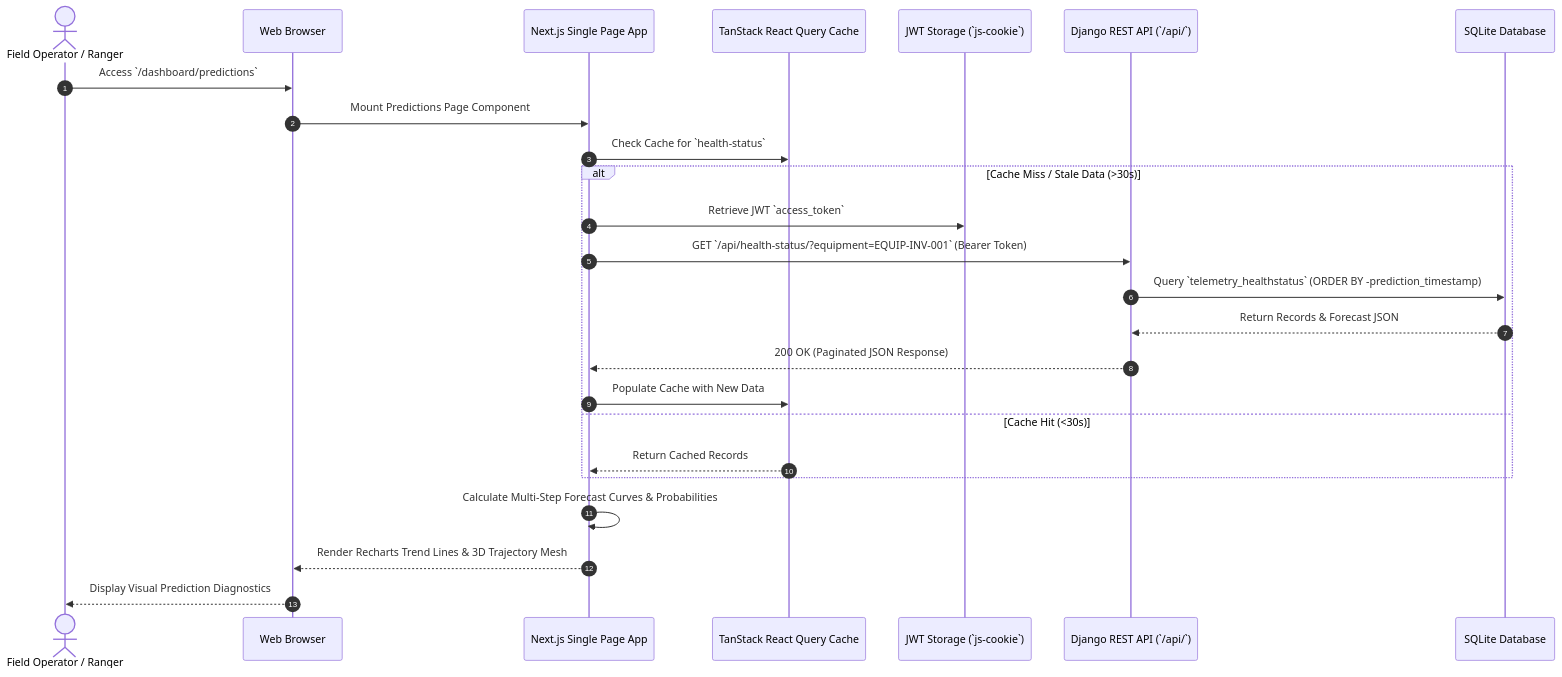
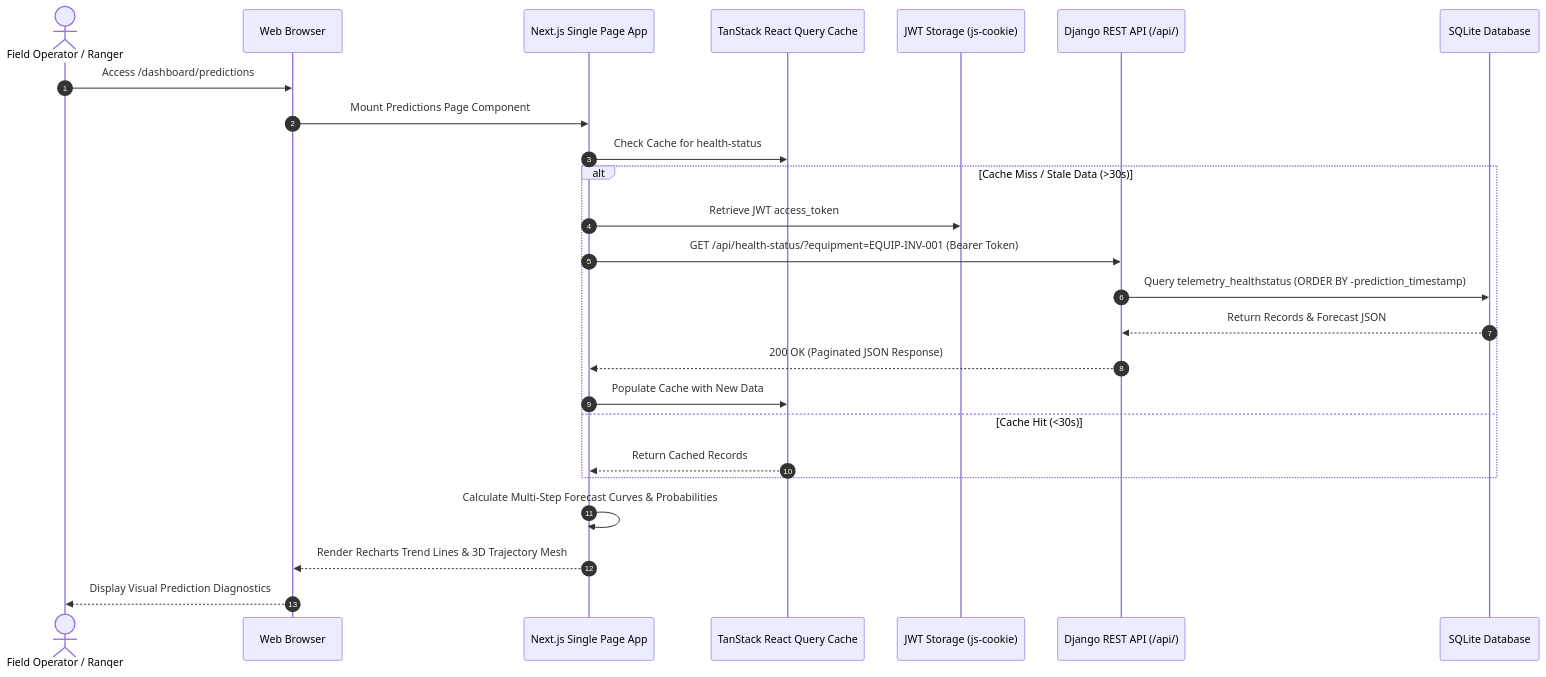
Diagram 13 of 18 in ARCHITECTURE.md (bendeze/upemba-iot-backend), drawn with Mermaid before and after one commit. The commit also changed other lines of this file and 2 other files, not shown here.

````diff
--- a/ARCHITECTURE.md
+++ b/ARCHITECTURE.md
@@ -706,30 +706,30 @@
 ```mermaid
 sequenceDiagram
     autonumber
     actor Operator as Field Operator / Ranger
     participant Browser as Web Browser
     participant App as Next.js Single Page App
     participant Cache as TanStack React Query Cache
-    participant Auth as JWT Storage (`js-cookie`)
-    participant API as Django REST API (`/api/`)
+    participant Auth as JWT Storage (js-cookie)
+    participant API as Django REST API (/api/)
     participant DB as SQLite Database
 
-    Operator->>Browser: Access `/dashboard/predictions`
+    Operator->>Browser: Access /dashboard/predictions
     Browser->>App: Mount Predictions Page Component
-    App->>Cache: Check Cache for `health-status`
+    App->>Cache: Check Cache for health-status
     
     alt Cache Miss / Stale Data (>30s)
-        App->>Auth: Retrieve JWT `access_token`
-        App->>API: GET `/api/health-status/?equipment=EQUIP-INV-001` (Bearer Token)
-        API->>DB: Query `telemetry_healthstatus` (ORDER BY -prediction_timestamp)
+        App->>Auth: Retrieve JWT access_token
+        App->>API: GET /api/health-status/?equipment=EQUIP-INV-001 (Bearer Token)
+        API->>DB: Query telemetry_healthstatus (ORDER BY -prediction_timestamp)
         DB-->>API: Return Records & Forecast JSON
         API-->>App: 200 OK (Paginated JSON Response)
         App->>Cache: Populate Cache with New Data
     else Cache Hit (<30s)
         Cache-->>App: Return Cached Records
     end
 
     App->>App: Calculate Multi-Step Forecast Curves & Probabilities
     App-->>Browser: Render Recharts Trend Lines & 3D Trajectory Mesh
     Browser-->>Operator: Display Visual Prediction Diagnostics
 ```
````
